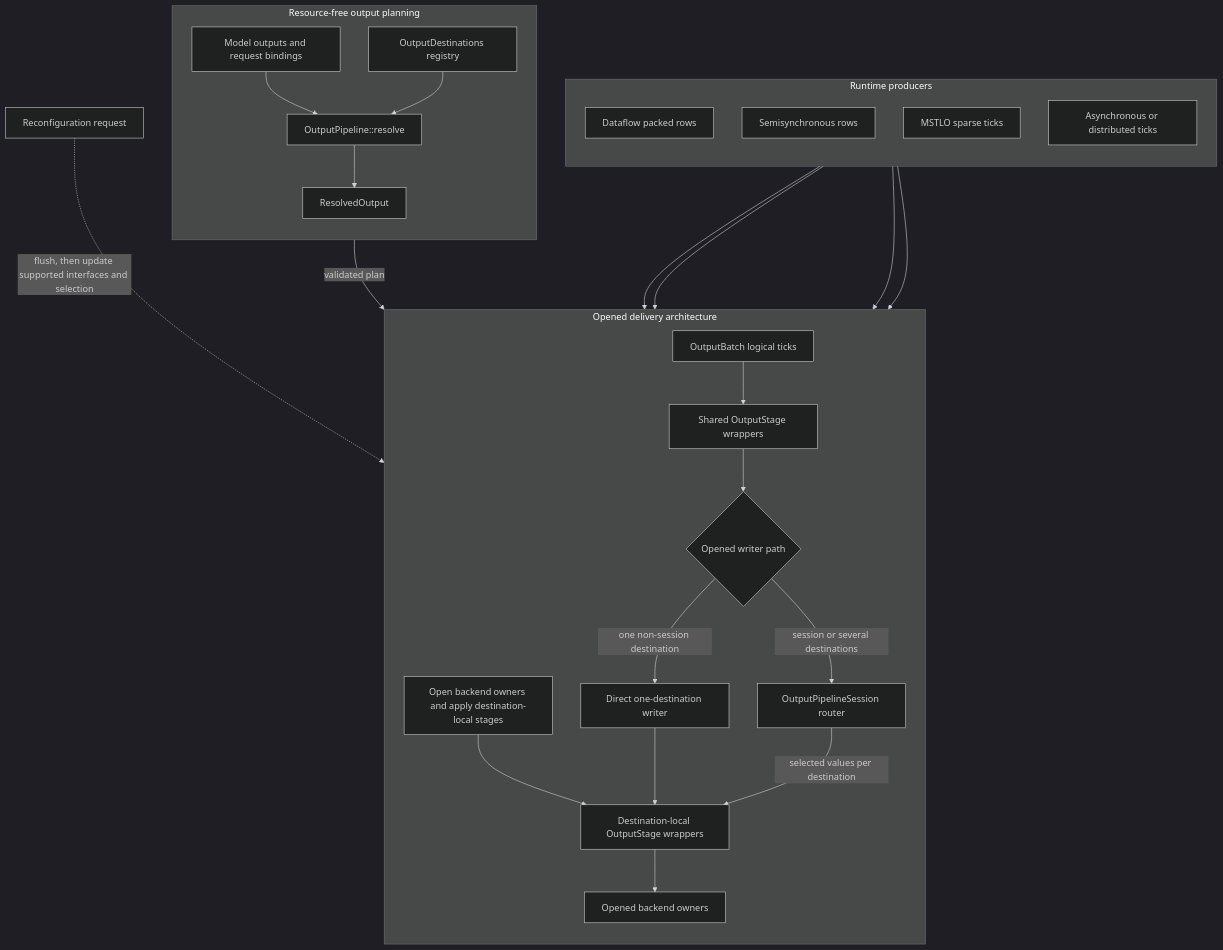
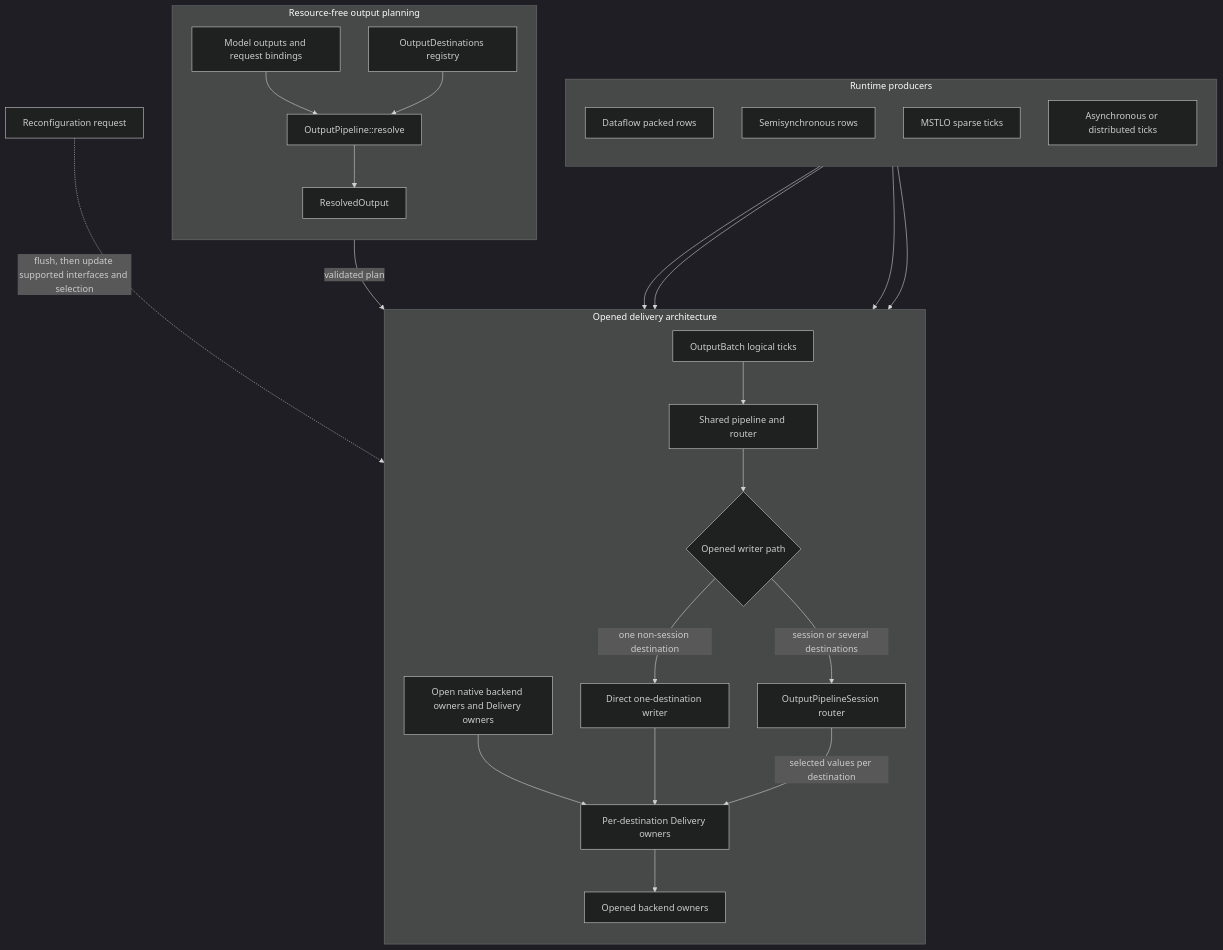
One commit to INTO-CPS-Association/robosapiens-trustworthiness-checker changed the first of 4 diagrams in docs/src/output.md. Above: the diagram before and after it, drawn with Mermaid (dark theme). The commit also changed other lines of this file and 109 other files, not shown here.

Commit message:
Unify I/O ownership, delivery and reconfiguration on rumqttc

````diff
--- a/docs/src/output.md
+++ b/docs/src/output.md
@@ -18,49 +18,49 @@
 ```mermaid
 flowchart TB
     accTitle: Output architecture from runtime rows to external destination owners
-    accDescr: Runtime families preserve their native logical tick shapes in OutputBatch. Resource-free OutputPipeline resolution combines model outputs with a stable destination registry to produce ResolvedOutput. Opening creates backend owners and wraps them in destination-local stages. Runtime batches pass through shared stages, then either a direct one-destination writer or a session and multi-destination router. Reconfiguration can update supported interfaces and selected variables on fixed session owners.
+    accDescr: Runtime families preserve their native logical tick shapes in OutputBatch. Resource-free OutputPipeline resolution combines model outputs with a stable destination registry to produce ResolvedOutput. Opening creates native backend owners and wraps each one in its configured Delivery owner. Runtime batches then pass through either a direct one-destination writer or a session and multi-destination router. Reconfiguration can update supported interfaces and selected variables on fixed session owners.
 
     subgraph producers["Runtime producers"]
         direction TB
         dataflow["Dataflow packed rows"]
         semisync["Semisynchronous rows"]
         mstlo["MSTLO sparse ticks"]
         async["Asynchronous or distributed ticks"]
     end
 
     subgraph planning["Resource-free output planning"]
         direction TB
         model["Model outputs and request bindings"]
         registry["OutputDestinations registry"]
         resolve["OutputPipeline::resolve"]
         plan["ResolvedOutput"]
         model --> resolve
         registry --> resolve --> plan
     end
 
     subgraph delivery["Opened delivery architecture"]
         direction TB
-        open["Open backend owners and apply destination-local stages"]
+        open["Open native backend owners and Delivery owners"]
         batch["OutputBatch logical ticks"]
-        shared["Shared OutputStage wrappers"]
+        shared["Shared pipeline and router"]
         path{"Opened writer path"}
         direct["Direct one-destination writer"]
         router["OutputPipelineSession router"]
-        local["Destination-local OutputStage wrappers"]
+        local["Per-destination Delivery owners"]
         owners["Opened backend owners"]
         open --> local
         batch --> shared --> path
         path -->|"one non-session destination"| direct
         path -->|"session or several destinations"| router
         direct --> local
         router -->|"selected values per destination"| local
         local --> owners
     end
 
     dataflow --> batch
     semisync --> batch
     mstlo --> batch
     async --> batch
     plan -->|"validated plan"| open
     control["Reconfiguration request"] -. "flush, then update supported interfaces and selection" .-> router
 ```
````
